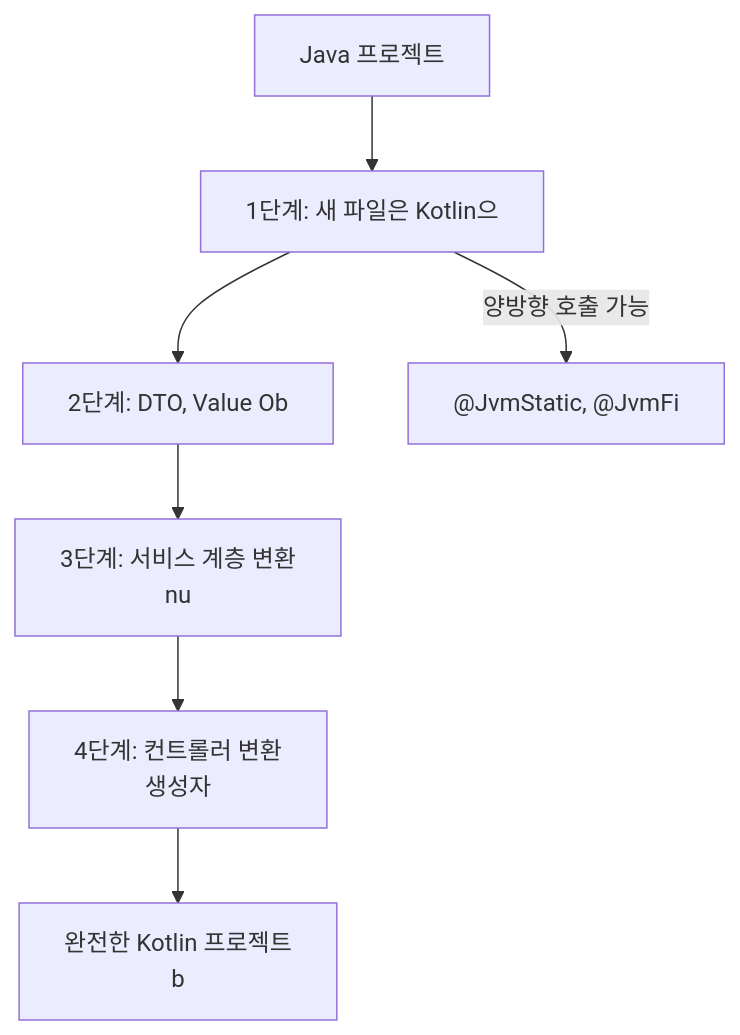
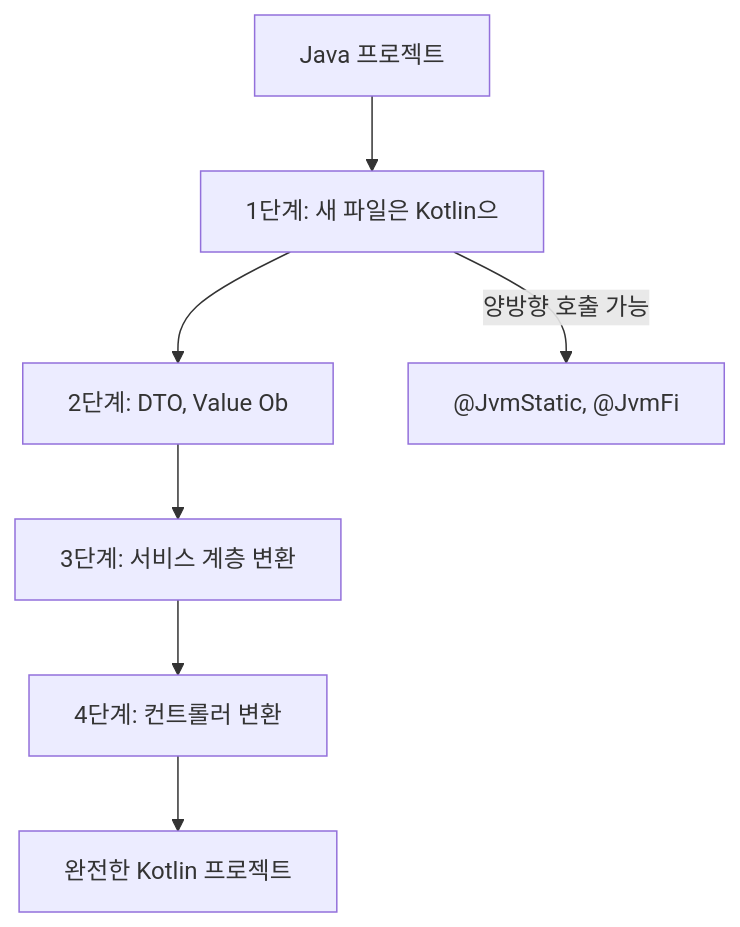
The third of 3 diagrams in _posts/kotlin/2026-05-02-java-to-kotlin.md (yjkim2015/yjkim2015.github.io), drawn with Mermaid before and after one commit. The commit also changed other lines of this file and 217 other files, not shown here.

First line of the commit message:
Mermaid 크기 수정: useMaxWidth:true + SVG max-width:100% + 라벨 축소

````diff
--- a/_posts/kotlin/2026-05-02-java-to-kotlin.md
+++ b/_posts/kotlin/2026-05-02-java-to-kotlin.md
@@ -353,9 +353,9 @@
 ```mermaid
 flowchart TD
     A["Java 프로젝트"] --> B["1단계: 새 파일은 Kotlin으"]
     B --> C["2단계: DTO, Value Ob"]
-    C --> D["3단계: 서비스 계층 변환\nnu"]
-    D --> E["4단계: 컨트롤러 변환\n생성자"]
-    E --> F["완전한 Kotlin 프로젝트\nb"]
+    C --> D["3단계: 서비스 계층 변환"]
+    D --> E["4단계: 컨트롤러 변환"]
+    E --> F["완전한 Kotlin 프로젝트"]
     B -->|"양방향 호출 가능"| G["@JvmStatic, @JvmFi"]
 ```
````
